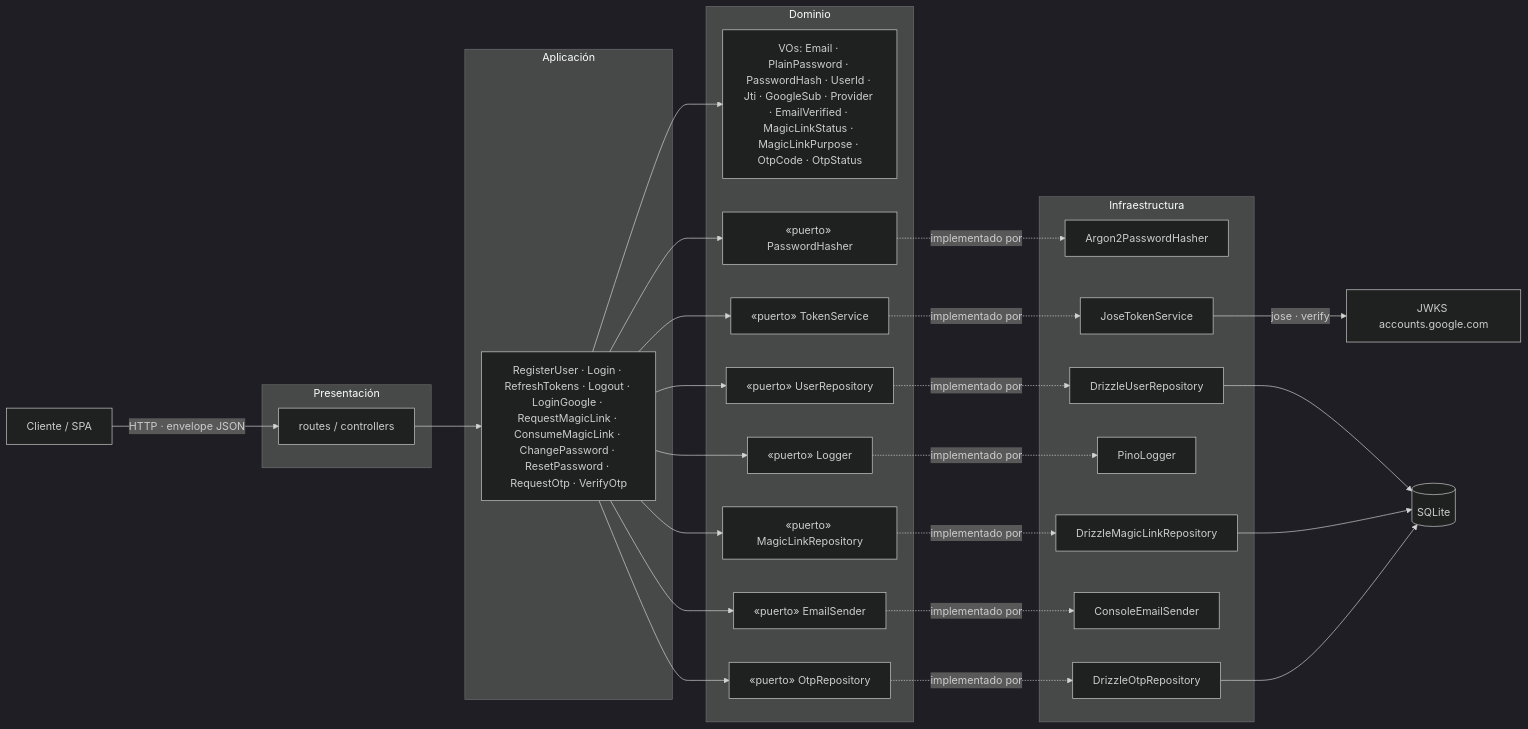
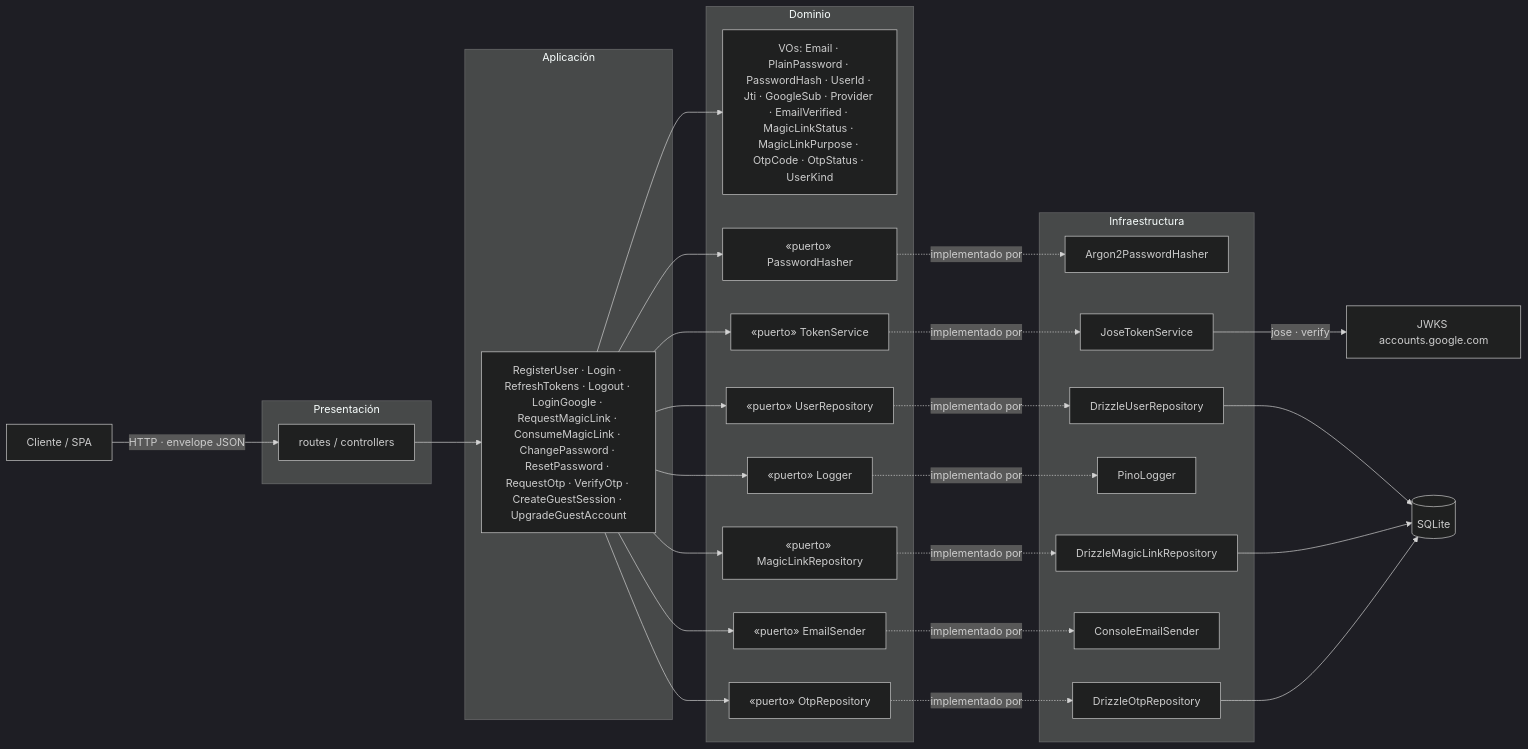
Before and after one commit to dpa70-dev/auth-api: the tenth of 10 diagrams in docs/02-flujos-registro-autenticacion.md, drawn with Mermaid (dark theme). The commit also changed other lines of this file and 5 other files, not shown here.

Commit message:
test(guest): suite e2e guest (crear/upgrade) + kind en respuestas user + docs US-15/16

````diff
--- a/docs/02-flujos-registro-autenticacion.md
+++ b/docs/02-flujos-registro-autenticacion.md
@@ -465,59 +524,59 @@
 ```mermaid
 flowchart LR
     C[Cliente / SPA] -->|HTTP · envelope JSON| P
 
     subgraph PRES[Presentación]
         P[routes / controllers]
     end
 
     subgraph APP[Aplicación]
-        A[RegisterUser · Login · RefreshTokens · Logout · LoginGoogle · RequestMagicLink · ConsumeMagicLink · ChangePassword · ResetPassword · RequestOtp · VerifyOtp]
+        A[RegisterUser · Login · RefreshTokens · Logout · LoginGoogle · RequestMagicLink · ConsumeMagicLink · ChangePassword · ResetPassword · RequestOtp · VerifyOtp · CreateGuestSession · UpgradeGuestAccount]
     end
 
     subgraph DOM[Dominio]
-        V[VOs: Email · PlainPassword · PasswordHash · UserId · Jti · GoogleSub · Provider · EmailVerified · MagicLinkStatus · MagicLinkPurpose · OtpCode · OtpStatus]
+        V[VOs: Email · PlainPassword · PasswordHash · UserId · Jti · GoogleSub · Provider · EmailVerified · MagicLinkStatus · MagicLinkPurpose · OtpCode · OtpStatus · UserKind]
         VA[«puerto» PasswordHasher]
         VB[«puerto» TokenService]
         VC[«puerto» UserRepository]
         VD[«puerto» Logger]
         VE[«puerto» MagicLinkRepository]
         VF[«puerto» EmailSender]
         VG[«puerto» OtpRepository]
     end
 
     subgraph INF[Infraestructura]
         IA[Argon2PasswordHasher]
         IB[JoseTokenService]
         IC[DrizzleUserRepository]
         ID[PinoLogger]
         IE[DrizzleMagicLinkRepository]
         IF[ConsoleEmailSender]
         IG[DrizzleOtpRepository]
     end
 
     DB[(SQLite)]
     JWKS[JWKS accounts.google.com]
 
     P --> A
     A --> V
     A --> VA
     A --> VB
     A --> VC
     A --> VD
     A --> VE
     A --> VF
     A --> VG
 
     VA -.implementado por.-> IA
     VB -.implementado por.-> IB
     VC -.implementado por.-> IC
     VD -.implementado por.-> ID
     VE -.implementado por.-> IE
     VF -.implementado por.-> IF
     VG -.implementado por.-> IG
 
     IC --> DB
     IE --> DB
     IG --> DB
     IB -->|jose · verify| JWKS
 ```
````
